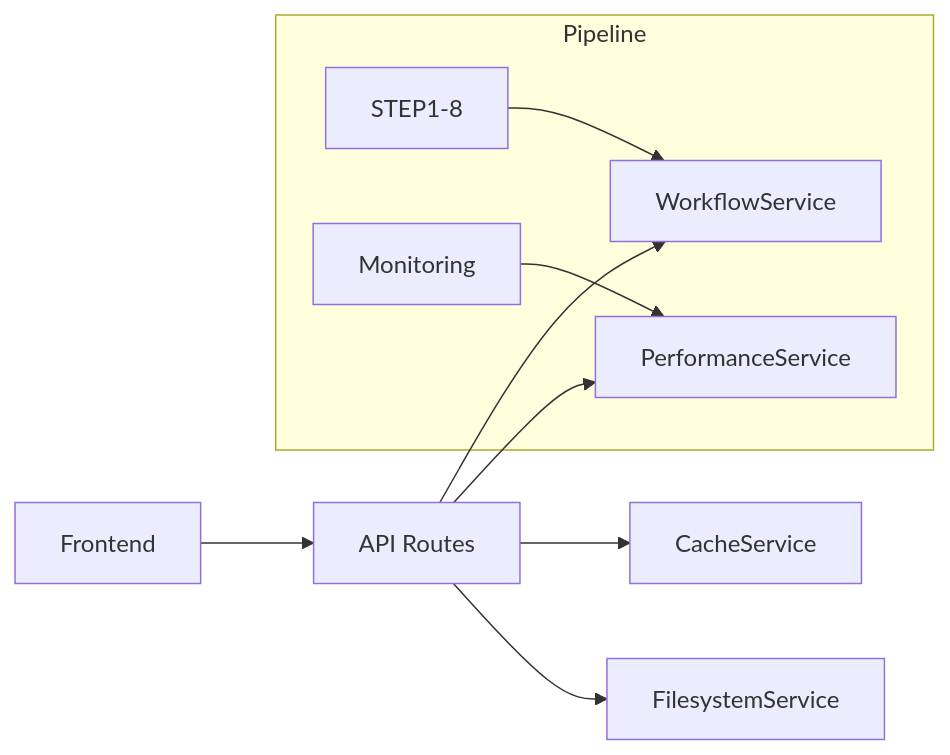
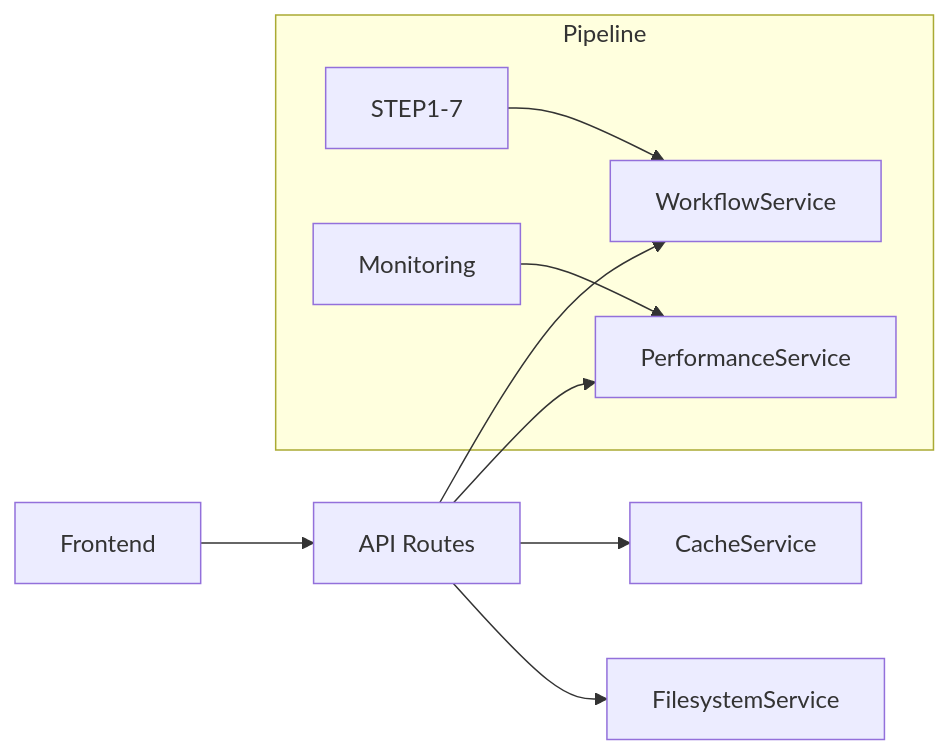
One commit to ki2pixel/workflow_mediapipe changed the diagram in docs/workflow/ops/api-routes.md. Above: the diagram before and after it, drawn with Mermaid. The commit also changed other lines of this file and 73 other files, not shown here.

````diff
--- a/docs/workflow/ops/api-routes.md
+++ b/docs/workflow/ops/api-routes.md
@@ -512,13 +512,13 @@
 ```mermaid
 graph LR
     A[Frontend] --> B[API Routes]
     B --> C[WorkflowService]
     B --> D[CacheService]
     B --> E[PerformanceService]
     B --> F[FilesystemService]
     
     subgraph "Pipeline"
-        G[STEP1-8] --> C
+        G[STEP1-7] --> C
         H[Monitoring] --> E
     end
 ```
````
